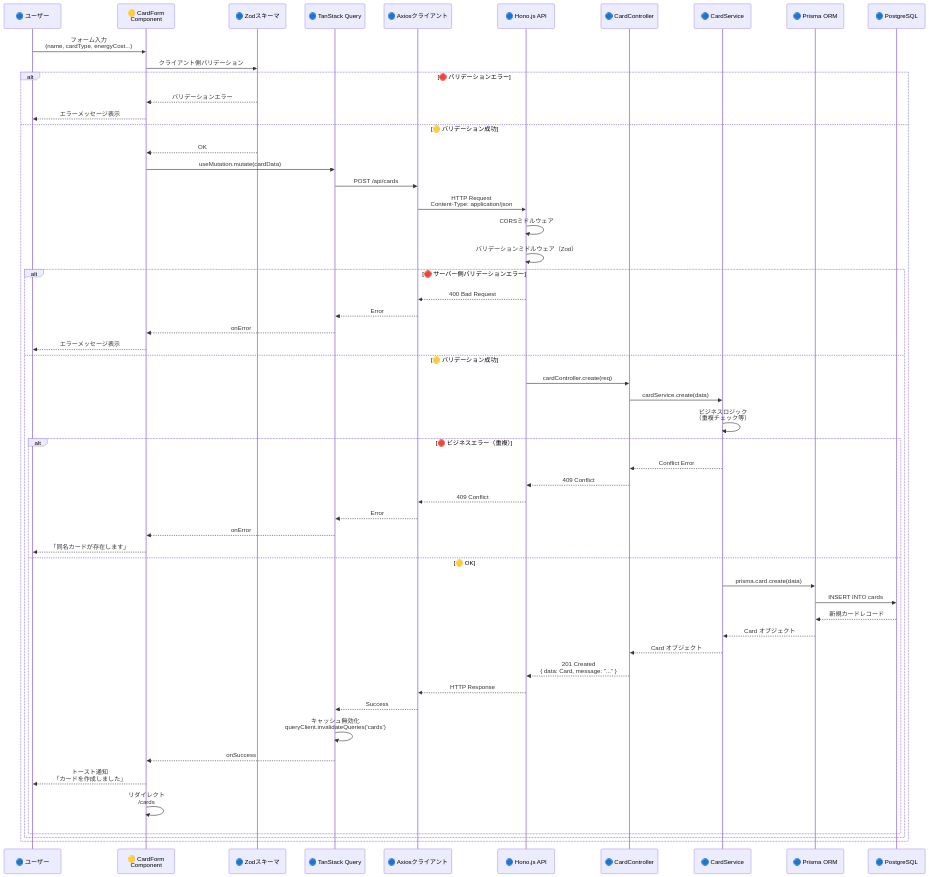
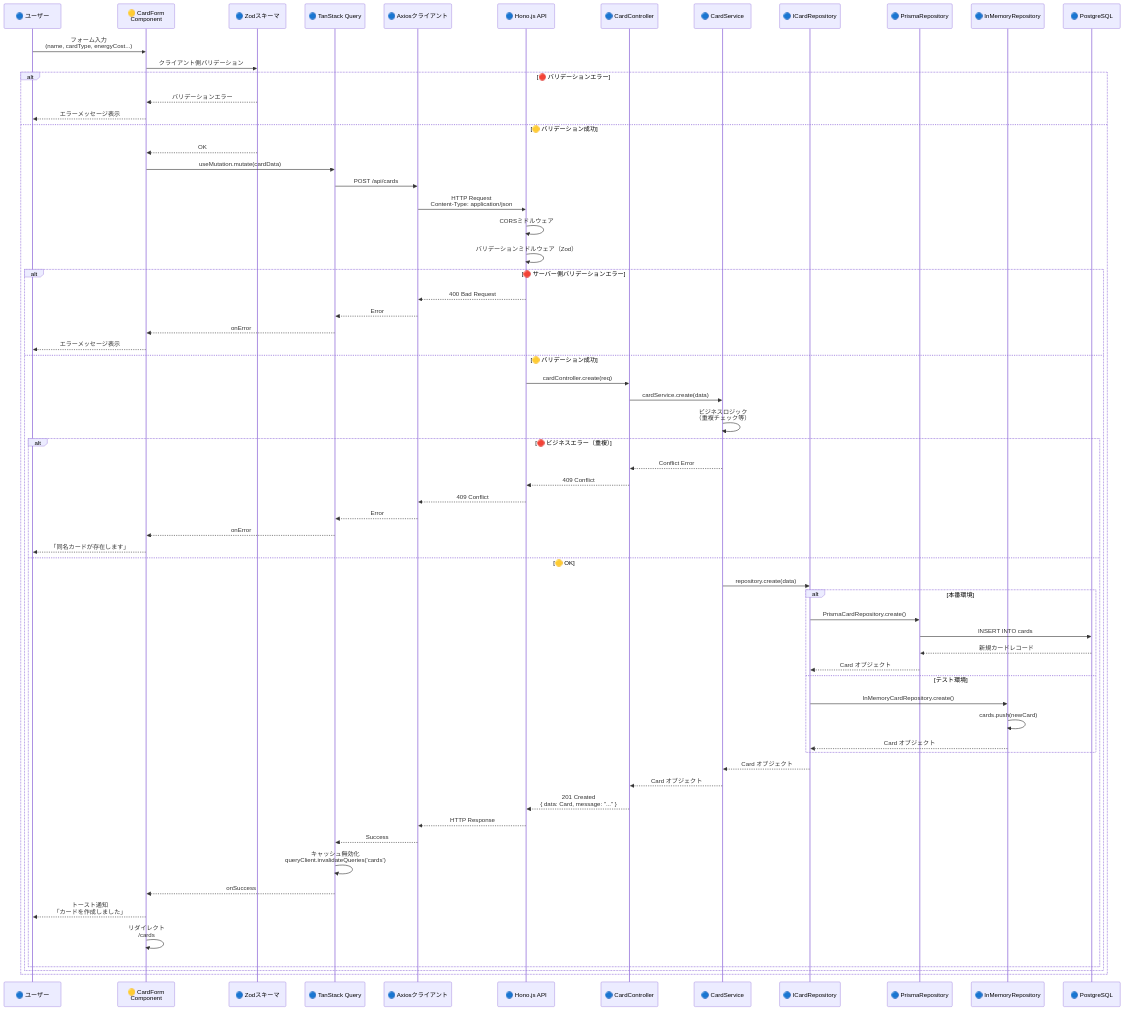
The sixth of 11 diagrams in docs/design/resource-management-webapp/dataflow.md (yaguma/atelier_resource_management), drawn with Mermaid before and after one commit. The commit also changed other lines of this file and 4 other files, not shown here.

````diff
--- a/docs/design/resource-management-webapp/dataflow.md
+++ b/docs/design/resource-management-webapp/dataflow.md
@@ -174,63 +195,75 @@
 ```mermaid
 sequenceDiagram
     participant User as 🔵 ユーザー
     participant Form as 🟡 CardForm<br/>Component
     participant Zod as 🔵 Zodスキーマ
     participant TQ as 🔵 TanStack Query
     participant Axios as 🔵 Axiosクライアント
     participant Hono as 🔵 Hono.js API
     participant Controller as 🔵 CardController
     participant Service as 🔵 CardService
-    participant Prisma as 🔵 Prisma ORM
+    participant Repo as 🔵 ICardRepository
+    participant PrismaRepo as 🔵 PrismaRepository
+    participant MemoryRepo as 🔵 InMemoryRepository
     participant DB as 🔵 PostgreSQL
 
     User->>Form: フォーム入力<br/>(name, cardType, energyCost...)
     Form->>Zod: クライアント側バリデーション
 
     alt 🔴 バリデーションエラー
         Zod-->>Form: バリデーションエラー
         Form-->>User: エラーメッセージ表示
     else 🟡 バリデーション成功
         Zod-->>Form: OK
         Form->>TQ: useMutation.mutate(cardData)
         TQ->>Axios: POST /api/cards
         Axios->>Hono: HTTP Request<br/>Content-Type: application/json
 
         Hono->>Hono: CORSミドルウェア
         Hono->>Hono: バリデーションミドルウェア（Zod）
 
         alt 🔴 サーバー側バリデーションエラー
             Hono-->>Axios: 400 Bad Request
             Axios-->>TQ: Error
             TQ-->>Form: onError
             Form-->>User: エラーメッセージ表示
         else 🟡 バリデーション成功
             Hono->>Controller: cardController.create(req)
             Controller->>Service: cardService.create(data)
 
             Service->>Service: ビジネスロジック<br/>（重複チェック等）
 
             alt 🔴 ビジネスエラー（重複）
                 Service-->>Controller: Conflict Error
                 Controller-->>Hono: 409 Conflict
                 Hono-->>Axios: 409 Conflict
                 Axios-->>TQ: Error
                 TQ-->>Form: onError
                 Form-->>User: 「同名カードが存在します」
             else 🟡 OK
-                Service->>Prisma: prisma.card.create(data)
-                Prisma->>DB: INSERT INTO cards
-                DB-->>Prisma: 新規カードレコード
-                Prisma-->>Service: Card オブジェクト
+                Service->>Repo: repository.create(data)
+
+                alt 本番環境
+                    Repo->>PrismaRepo: PrismaCardRepository.create()
+                    PrismaRepo->>DB: INSERT INTO cards
+                    DB-->>PrismaRepo: 新規カードレコード
+                    PrismaRepo-->>Repo: Card オブジェクト
+                else テスト環境
+                    Repo->>MemoryRepo: InMemoryCardRepository.create()
+                    MemoryRepo->>MemoryRepo: cards.push(newCard)
+                    MemoryRepo-->>Repo: Card オブジェクト
+                end
+
+                Repo-->>Service: Card オブジェクト
                 Service-->>Controller: Card オブジェクト
                 Controller-->>Hono: 201 Created<br/>{ data: Card, message: "..." }
                 Hono-->>Axios: HTTP Response
                 Axios-->>TQ: Success
                 TQ->>TQ: キャッシュ無効化<br/>queryClient.invalidateQueries('cards')
                 TQ-->>Form: onSuccess
                 Form-->>User: トースト通知<br/>「カードを作成しました」
                 Form->>Form: リダイレクト<br/>/cards
             end
         end
     end
 ```
````
